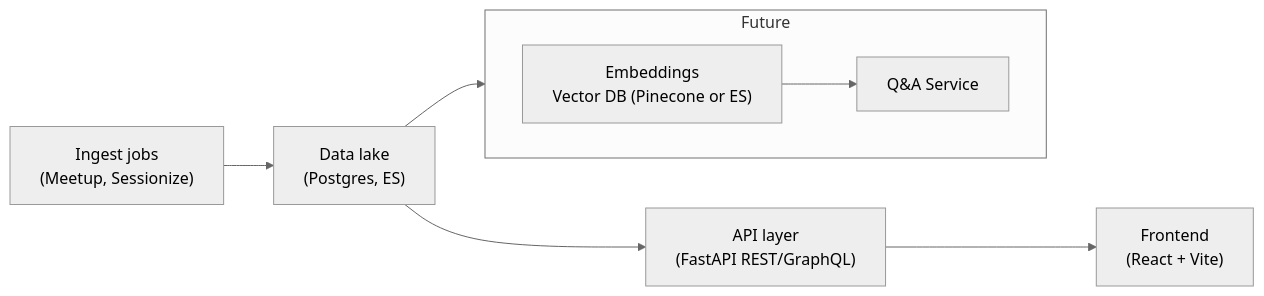
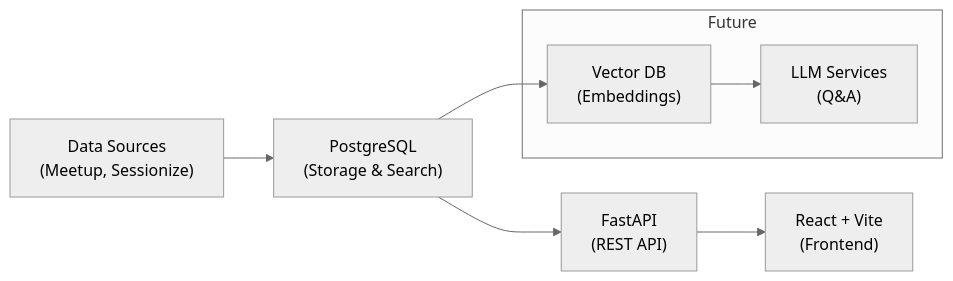
The diagram in README.md (PythonIreland/python_ireland_talk_database), drawn with Mermaid (neutral theme) before and after one commit. The commit also changed other lines of this file and 3 other files, not shown here.

Commit message:
ES to postgres : readme and talk service

````diff
--- a/README.md
+++ b/README.md
@@ -235,22 +195,17 @@
 ```mermaid
 flowchart LR
-  A["Ingest jobs<br/>(Meetup, Sessionize)"]
-  B["Data lake<br/>(Postgres, ES)"]
-  C["API layer<br/>(FastAPI REST/GraphQL)"]
-  D["Frontend<br/>(React + Vite)"]
+  A["Data Sources<br/>(Meetup, Sessionize)"]
+  B["PostgreSQL<br/>(Storage & Search)"]
+  C["FastAPI<br/>(REST API)"]
+  D["React + Vite<br/>(Frontend)"]
 
   A --> B --> C --> D
 
-  %% future work
-  subgraph Future
-    direction LR
-    E["Embeddings<br/>Vector DB (Pinecone or ES)"]
-    F["Q&A Service"]
+  subgraph "Future"
+    E["Vector DB<br/>(Embeddings)"]
+    F["LLM Services<br/>(Q&A)"]
     E --> F
   end
 
-  %% link present to future
   B --> E
-
-
 ```
````
